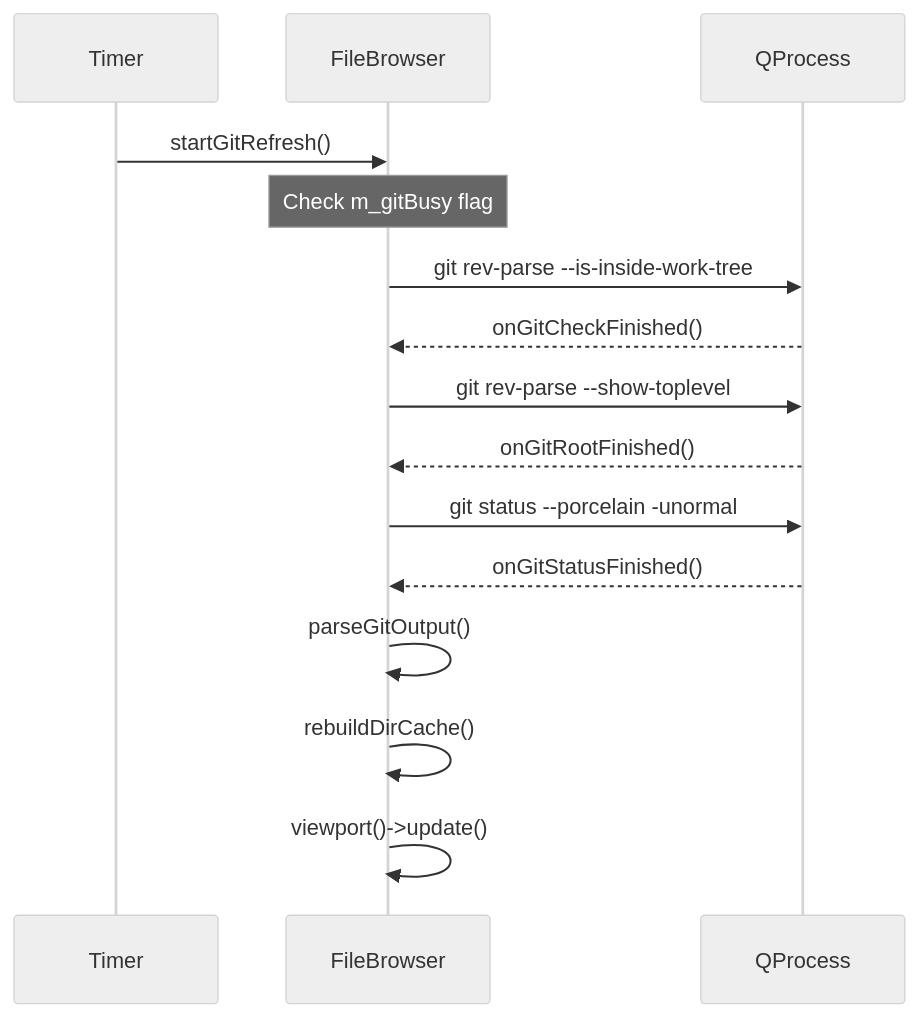
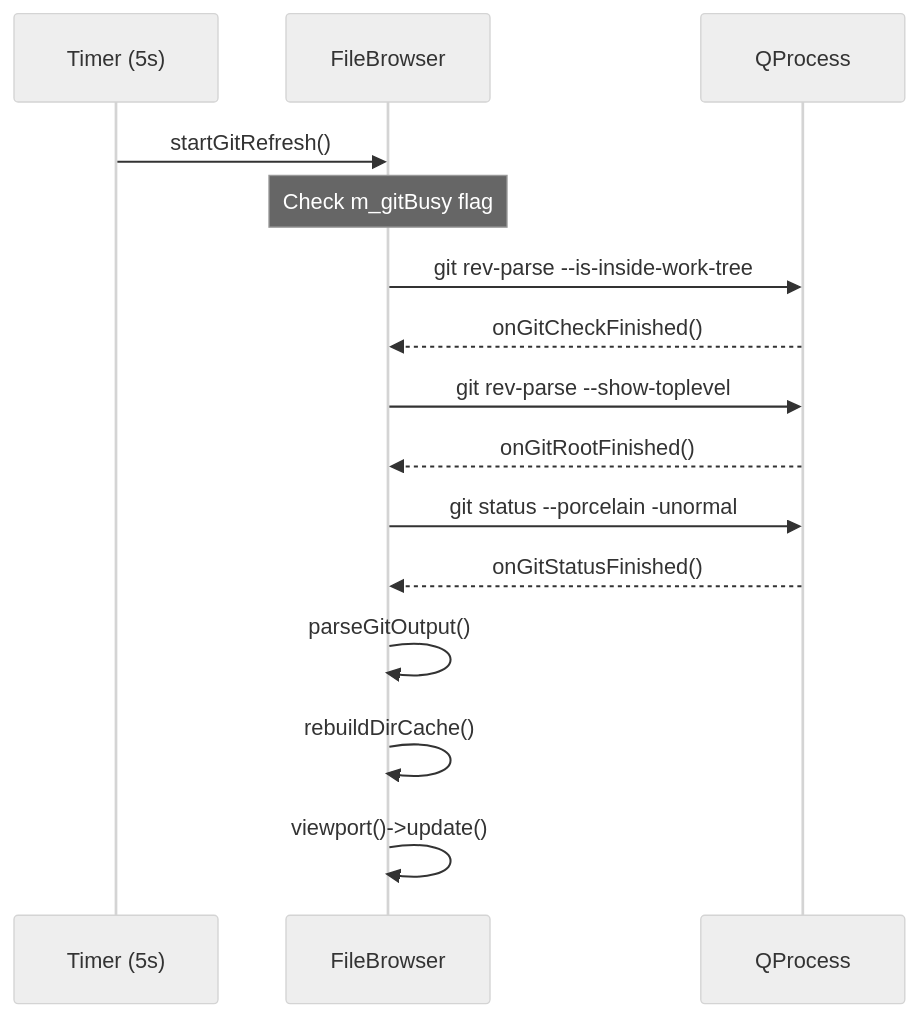
The eighth of 13 diagrams in docs/diagrams.md (dkrse/vibe-coder), drawn with Mermaid (neutral theme) before and after one commit. The commit also changed other lines of this file and 20 other files, not shown here.

````diff
--- a/docs/diagrams.md
+++ b/docs/diagrams.md
@@ -120,22 +253,22 @@
 ```mermaid
 sequenceDiagram
-    participant Timer
+    participant Timer as Timer (5s)
     participant FileBrowser
     participant GitProc as QProcess
 
     Timer->>FileBrowser: startGitRefresh()
     Note over FileBrowser: Check m_gitBusy flag
 
     FileBrowser->>GitProc: git rev-parse --is-inside-work-tree
     GitProc-->>FileBrowser: onGitCheckFinished()
 
     FileBrowser->>GitProc: git rev-parse --show-toplevel
     GitProc-->>FileBrowser: onGitRootFinished()
 
     FileBrowser->>GitProc: git status --porcelain -unormal
     GitProc-->>FileBrowser: onGitStatusFinished()
 
     FileBrowser->>FileBrowser: parseGitOutput()
     FileBrowser->>FileBrowser: rebuildDirCache()
     FileBrowser->>FileBrowser: viewport()->update()
 ```
````
